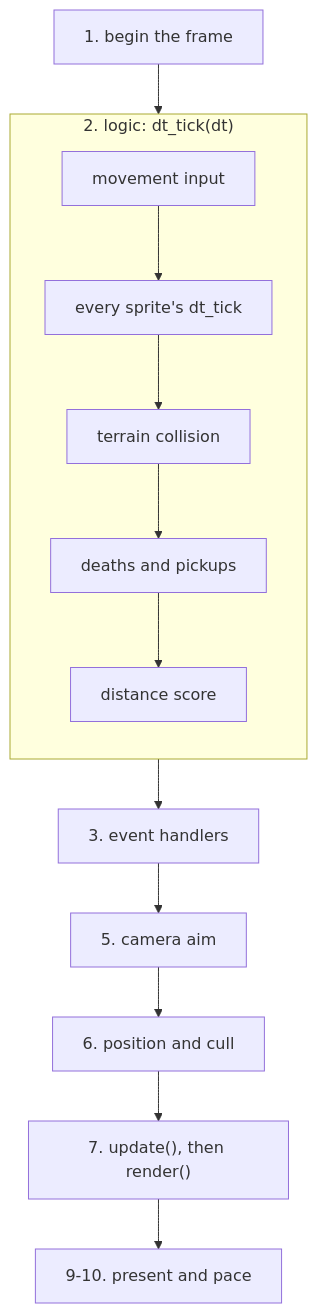
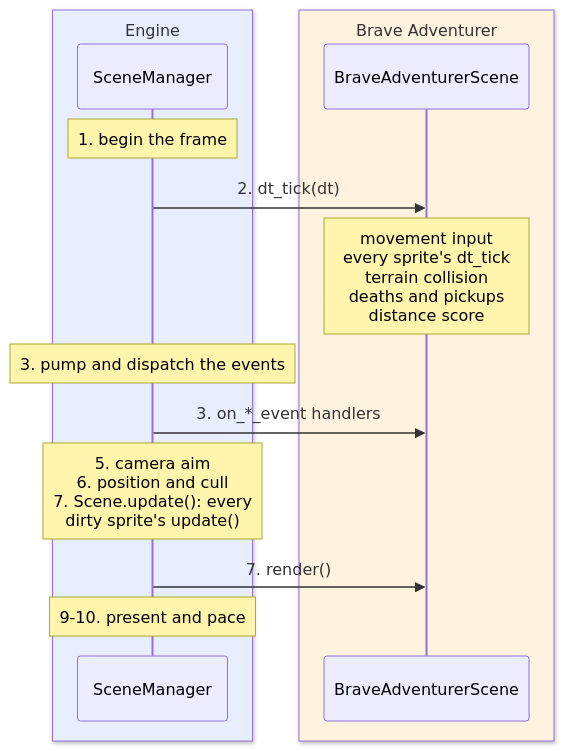
One commit to terrysimons/glitchygames changed the fourth of 7 diagrams in docs/games/brave_adventurer.md. Above: the diagram before and after it, drawn with Mermaid. The commit also changed other lines of this file and 5 other files, not shown here.

First line of the commit message:
Docs: every diagram that mixes engine and game code shows the split

````diff
--- a/docs/games/brave_adventurer.md
+++ b/docs/games/brave_adventurer.md
@@ -281,20 +316,18 @@
 ```mermaid
-flowchart TB
-    begin["1. begin the frame"]
-    subgraph logic["2. logic: dt_tick#40;dt#41;"]
-        direction TB
-        input["movement input"]
-        tick["every sprite's dt_tick"]
-        collide["terrain collision"]
-        contact["deaths and pickups"]
-        score["distance score"]
-        input --> tick --> collide --> contact --> score
+sequenceDiagram
+    box rgb(232,238,255) Engine
+        participant SM as SceneManager
     end
-    events["3. event handlers"]
-    aim["5. camera aim"]
-    position["6. position and cull"]
-    render["7. update#40;#41;, then render#40;#41;"]
-    present["9-10. present and pace"]
+    box rgb(255,243,224) Brave Adventurer
+        participant Scene as BraveAdventurerScene
+    end
 
-    begin --> logic --> events --> aim --> position --> render --> present
+    Note over SM: 1. begin the frame
+    SM->>Scene: 2. dt_tick(dt)
+    Note over Scene: movement input<br/>every sprite's dt_tick<br/>terrain collision<br/>deaths and pickups<br/>distance score
+    Note over SM: 3. pump and dispatch the events
+    SM->>Scene: 3. on_*_event handlers
+    Note over SM: 5. camera aim<br/>6. position and cull<br/>7. Scene.update(): every<br/>dirty sprite's update()
+    SM->>Scene: 7. render()
+    Note over SM: 9-10. present and pace
 ```
````
